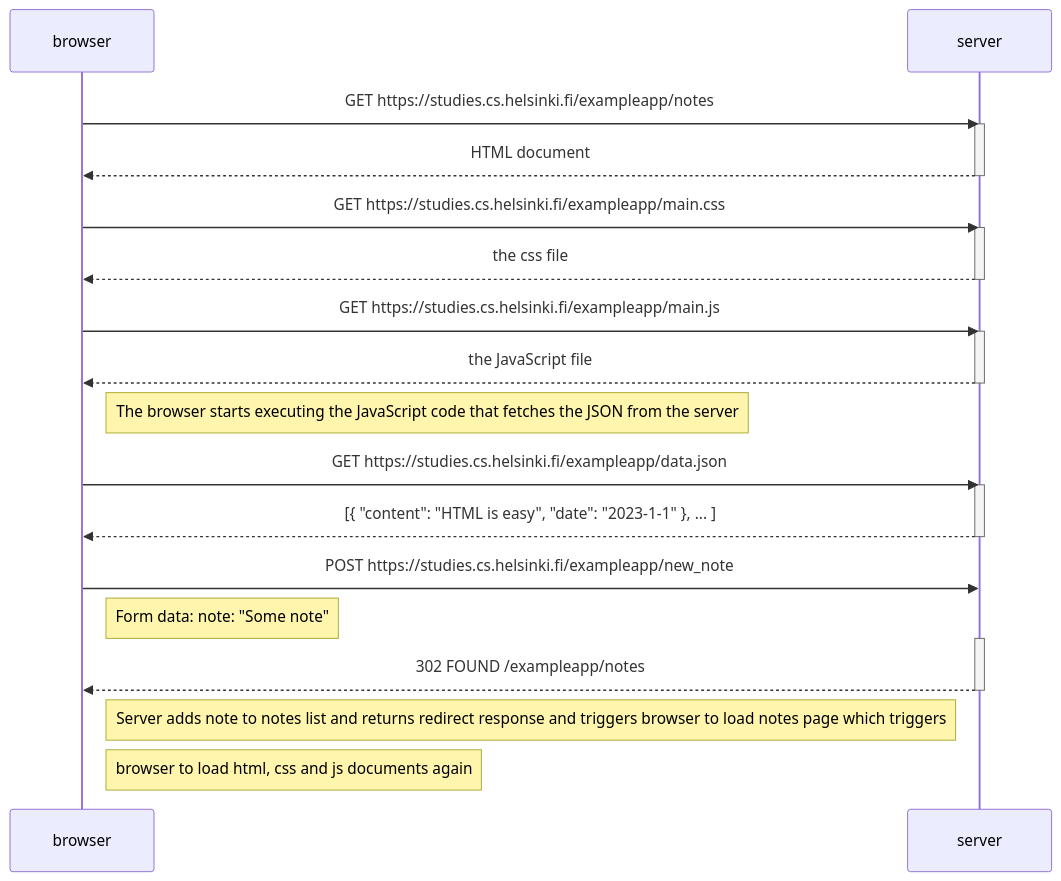
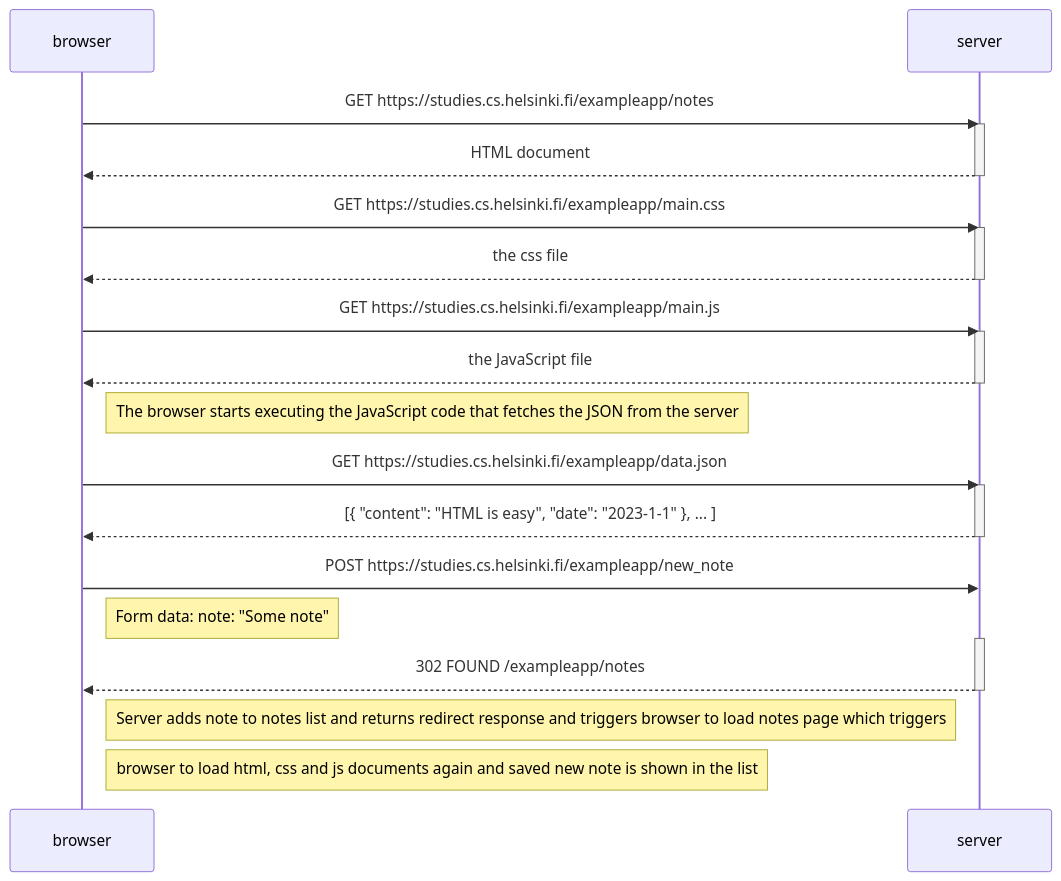
The diagram in part0/04.mmd (Evgenij27/fullstackopen), drawn with Mermaid before and after one commit.

```diff
--- a/part0/04.mmd
+++ b/part0/04.mmd
@@ -1,36 +1,36 @@
 sequenceDiagram
     participant browser
     participant server
 
     browser->>server: GET https://studies.cs.helsinki.fi/exampleapp/notes
     activate server
     server-->>browser: HTML document
     deactivate server
 
     browser->>server: GET https://studies.cs.helsinki.fi/exampleapp/main.css
     activate server
     server-->>browser: the css file
     deactivate server
 
     browser->>server: GET https://studies.cs.helsinki.fi/exampleapp/main.js
     activate server
     server-->>browser: the JavaScript file
     deactivate server
 
     Note right of browser: The browser starts executing the JavaScript code that fetches the JSON from the server
 
     browser->>server: GET https://studies.cs.helsinki.fi/exampleapp/data.json
     activate server
     server-->>browser: [{ "content": "HTML is easy", "date": "2023-1-1" }, ... ]
     deactivate server
 
     browser->>server: POST https://studies.cs.helsinki.fi/exampleapp/new_note
     
     Note right of browser: Form data: note: "Some note"
     
     activate server
     server-->>browser: 302 FOUND /exampleapp/notes
     deactivate server
 
     Note right of browser: Server adds note to notes list and returns redirect response and triggers browser to load notes page which triggers 
-    Note right of browser: browser to load html, css and js documents again
+    Note right of browser: browser to load html, css and js documents again and saved new note is shown in the list
```
